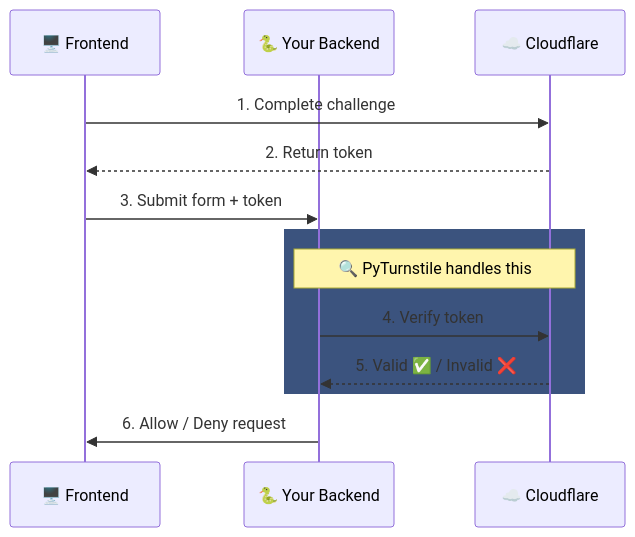
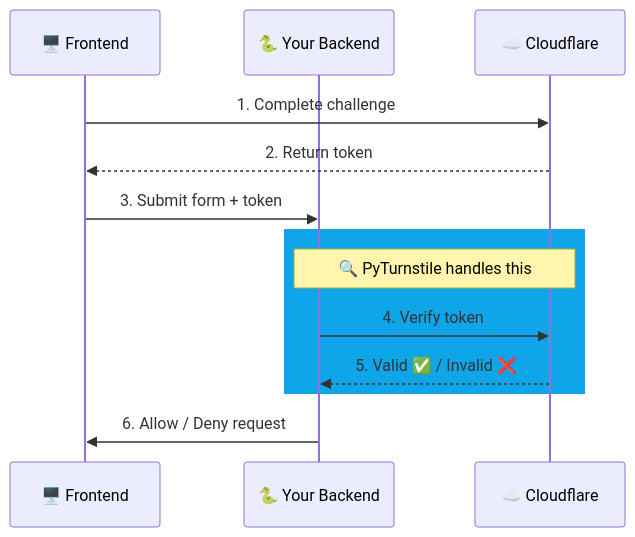
One commit to Dong-Chen-1031/pyturnstile changed the diagram in README.md. Above: the diagram before and after it, drawn with Mermaid.

Commit message:
fix readme mermaid color

````diff
--- a/README.md
+++ b/README.md
@@ -35,18 +35,18 @@
 ```mermaid
 sequenceDiagram
     participant Frontend as 🖥️ Frontend
     participant Backend as 🐍 Your Backend
     participant Cloudflare as ☁️ Cloudflare
 
     Frontend->>Cloudflare: 1. Complete challenge
     Cloudflare-->>Frontend: 2. Return token
     Frontend->>Backend: 3. Submit form + token
 
-    rect rgb(59, 83, 126)
+    rect rgb(14, 165, 233)
         Note over Backend,Cloudflare: 🔍 PyTurnstile handles this
         Backend->>Cloudflare: 4. Verify token
         Cloudflare-->>Backend: 5. Valid ✅ / Invalid ❌
     end
 
     Backend->>Frontend: 6. Allow / Deny request
 ```
````
